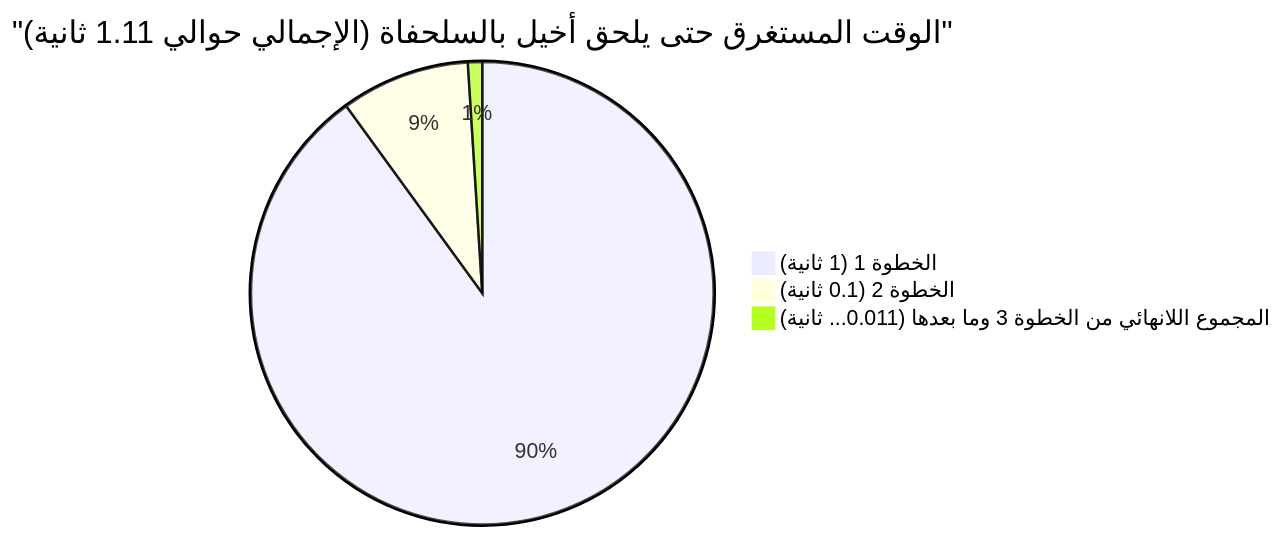
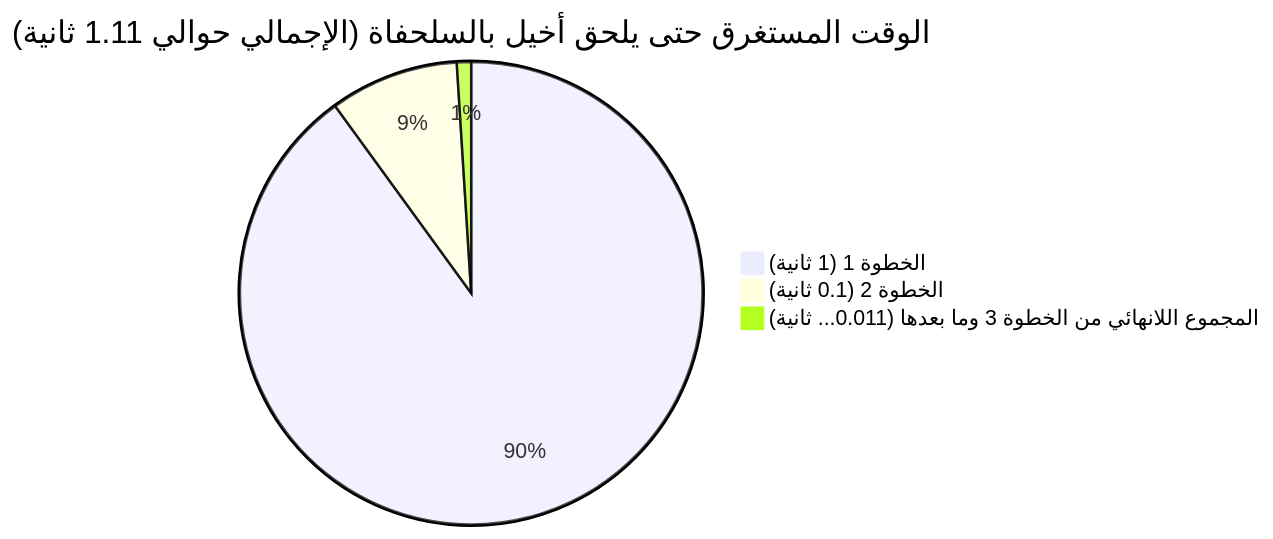
One commit to kenjinote/blog changed the second of 2 diagrams in content/post/アキレスと亀/index.ar.md. Above: the diagram before and after it, drawn with Mermaid. The commit also changed other lines of this file and 703 other files, not shown here.

Commit message:
Fix: Remove quotes from Mermaid link texts and timeline definitions to support Mermaid 11.4.1

````diff
--- a/content/post/アキレスと亀/index.ar.md
+++ b/content/post/アキレスと亀/index.ar.md
@@ -116,6 +116,6 @@
 ```mermaid
-pie title "الوقت المستغرق حتى يلحق أخيل بالسلحفاة (الإجمالي حوالي 1.11 ثانية)"
+pie title الوقت المستغرق حتى يلحق أخيل بالسلحفاة (الإجمالي حوالي 1.11 ثانية)
     "الخطوة 1 (1 ثانية)" : 90
     "الخطوة 2 (0.1 ثانية)" : 9
     "المجموع اللانهائي من الخطوة 3 وما بعدها (0.011... ثانية)" : 1
 ```
````
